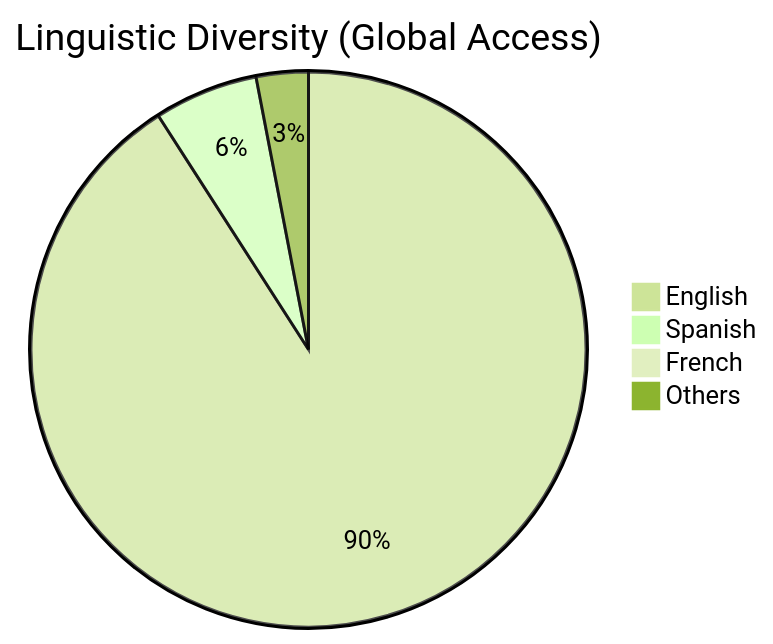
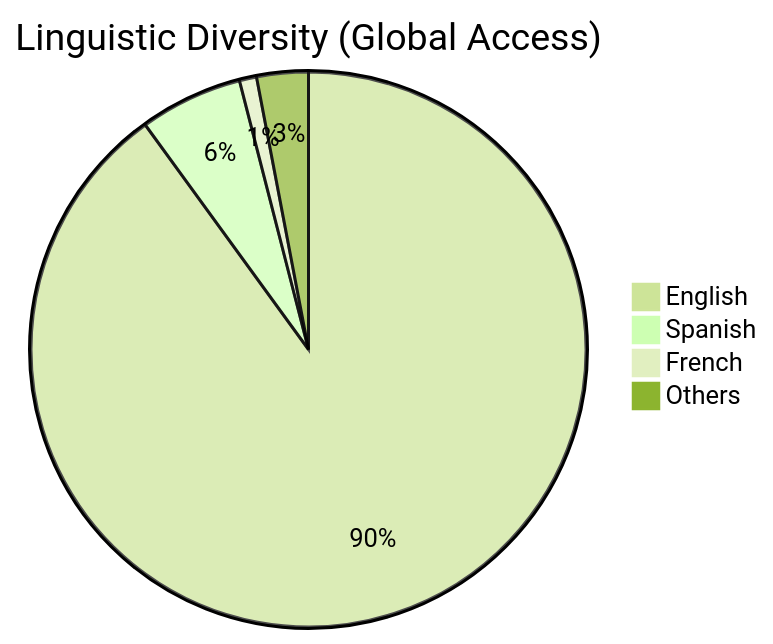
Before and after one commit to nubenetes/awesome-kubernetes: the second of 9 diagrams in README.md, drawn with Mermaid (forest theme). The commit also changed other lines of this file, not shown here.

````diff
--- a/README.md
+++ b/README.md
@@ -205,7 +205,7 @@
 ```mermaid
 pie title Linguistic Diversity (Global Access)
-    "English" : 13896
-    "Spanish" : 926
-    "French" : 154
-    "Others" : 463
+    "English" : 13680
+    "Spanish" : 912
+    "French" : 152
+    "Others" : 456
 ```
````
